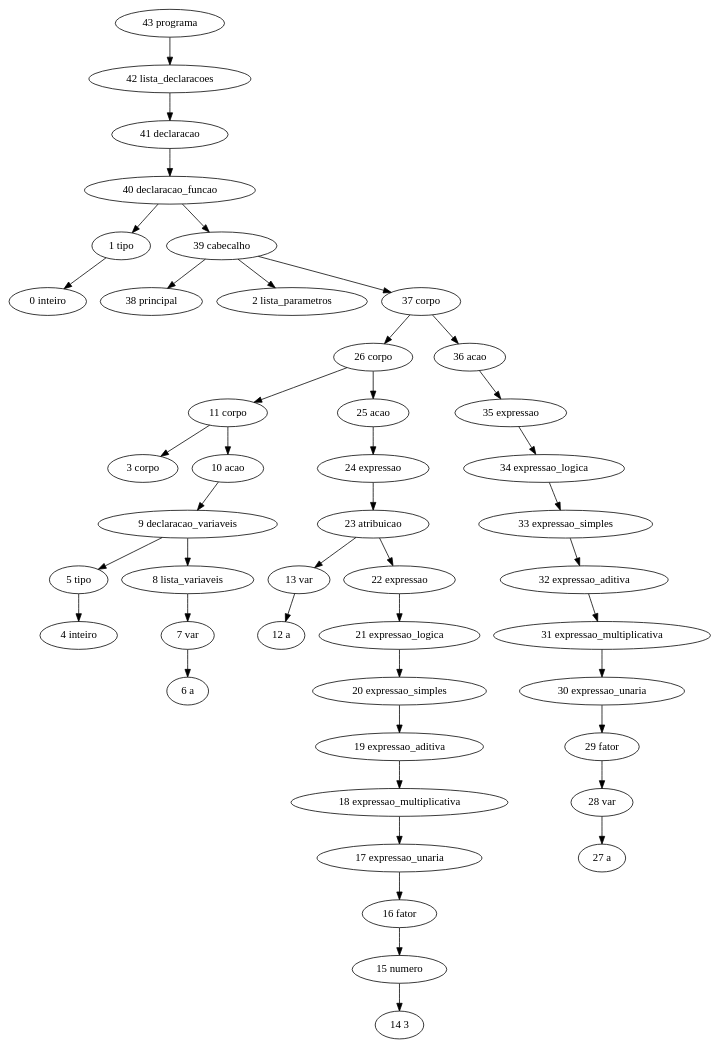
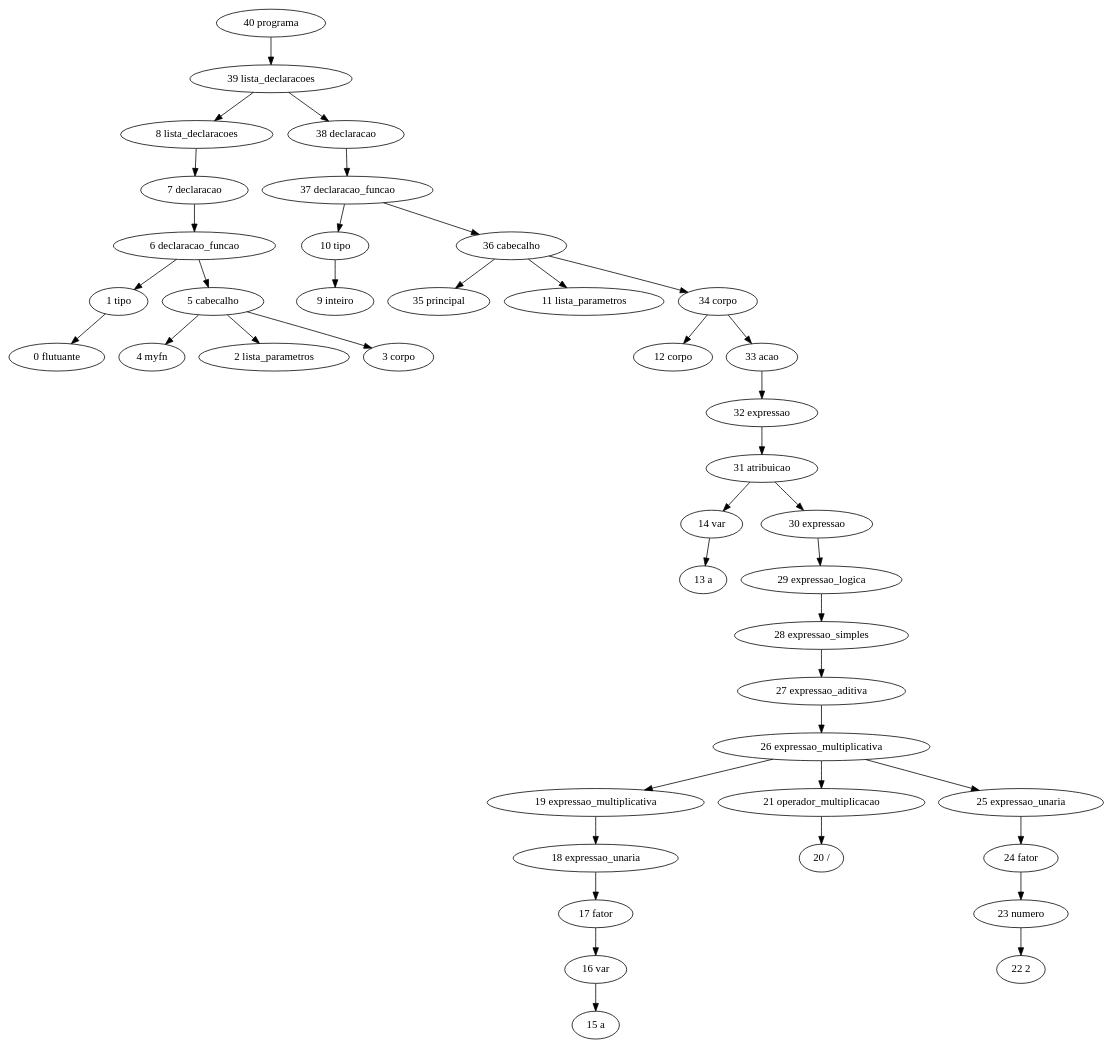
One commit to franzon/compilers changed the diagram in BCC__BCC36B__P2__Jorge_1511424/implementacao/Digraph.gv. Above: the diagram before and after it, drawn with Graphviz. The commit also changed 5 other files, not shown here.

```diff
--- a/BCC__BCC36B__P2__Jorge_1511424/implementacao/Digraph.gv
+++ b/BCC__BCC36B__P2__Jorge_1511424/implementacao/Digraph.gv
@@ -1,90 +1,84 @@
 // Análise sintática
 digraph {
-	"43 programa"
-	"42 lista_declaracoes"
-	"43 programa" -> "42 lista_declaracoes"
-	"41 declaracao"
-	"42 lista_declaracoes" -> "41 declaracao"
-	"40 declaracao_funcao"
-	"41 declaracao" -> "40 declaracao_funcao"
+	"40 programa"
+	"39 lista_declaracoes"
+	"40 programa" -> "39 lista_declaracoes"
+	"8 lista_declaracoes"
+	"39 lista_declaracoes" -> "8 lista_declaracoes"
+	"7 declaracao"
+	"8 lista_declaracoes" -> "7 declaracao"
+	"6 declaracao_funcao"
+	"7 declaracao" -> "6 declaracao_funcao"
 	"1 tipo"
-	"40 declaracao_funcao" -> "1 tipo"
-	"0 inteiro"
-	"1 tipo" -> "0 inteiro"
-	"39 cabecalho"
-	"40 declaracao_funcao" -> "39 cabecalho"
-	"38 principal"
-	"39 cabecalho" -> "38 principal"
+	"6 declaracao_funcao" -> "1 tipo"
+	"0 flutuante"
+	"1 tipo" -> "0 flutuante"
+	"5 cabecalho"
+	"6 declaracao_funcao" -> "5 cabecalho"
+	"4 myfn"
+	"5 cabecalho" -> "4 myfn"
 	"2 lista_parametros"
-	"39 cabecalho" -> "2 lista_parametros"
-	"37 corpo"
-	"39 cabecalho" -> "37 corpo"
-	"26 corpo"
-	"37 corpo" -> "26 corpo"
-	"11 corpo"
-	"26 corpo" -> "11 corpo"
+	"5 cabecalho" -> "2 lista_parametros"
 	"3 corpo"
-	"11 corpo" -> "3 corpo"
-	"10 acao"
-	"11 corpo" -> "10 acao"
-	"9 declaracao_variaveis"
-	"10 acao" -> "9 declaracao_variaveis"
-	"5 tipo"
-	"9 declaracao_variaveis" -> "5 tipo"
-	"4 inteiro"
-	"5 tipo" -> "4 inteiro"
-	"8 lista_variaveis"
-	"9 declaracao_variaveis" -> "8 lista_variaveis"
-	"7 var"
-	"8 lista_variaveis" -> "7 var"
-	"6 a"
-	"7 var" -> "6 a"
-	"25 acao"
-	"26 corpo" -> "25 acao"
-	"24 expressao"
-	"25 acao" -> "24 expressao"
-	"23 atribuicao"
-	"24 expressao" -> "23 atribuicao"
-	"13 var"
-	"23 atribuicao" -> "13 var"
-	"12 a"
-	"13 var" -> "12 a"
-	"22 expressao"
-	"23 atribuicao" -> "22 expressao"
-	"21 expressao_logica"
-	"22 expressao" -> "21 expressao_logica"
-	"20 expressao_simples"
-	"21 expressao_logica" -> "20 expressao_simples"
-	"19 expressao_aditiva"
-	"20 expressao_simples" -> "19 expressao_aditiva"
-	"18 expressao_multiplicativa"
-	"19 expressao_aditiva" -> "18 expressao_multiplicativa"
-	"17 expressao_unaria"
-	"18 expressao_multiplicativa" -> "17 expressao_unaria"
-	"16 fator"
-	"17 expressao_unaria" -> "16 fator"
-	"15 numero"
-	"16 fator" -> "15 numero"
-	"14 3"
-	"15 numero" -> "14 3"
-	"36 acao"
-	"37 corpo" -> "36 acao"
-	"35 expressao"
-	"36 acao" -> "35 expressao"
-	"34 expressao_logica"
-	"35 expressao" -> "34 expressao_logica"
-	"33 expressao_simples"
-	"34 expressao_logica" -> "33 expressao_simples"
-	"32 expressao_aditiva"
-	"33 expressao_simples" -> "32 expressao_aditiva"
-	"31 expressao_multiplicativa"
-	"32 expressao_aditiva" -> "31 expressao_multiplicativa"
-	"30 expressao_unaria"
-	"31 expressao_multiplicativa" -> "30 expressao_unaria"
-	"29 fator"
-	"30 expressao_unaria" -> "29 fator"
-	"28 var"
-	"29 fator" -> "28 var"
-	"27 a"
-	"28 var" -> "27 a"
+	"5 cabecalho" -> "3 corpo"
+	"38 declaracao"
+	"39 lista_declaracoes" -> "38 declaracao"
+	"37 declaracao_funcao"
+	"38 declaracao" -> "37 declaracao_funcao"
+	"10 tipo"
+	"37 declaracao_funcao" -> "10 tipo"
+	"9 inteiro"
+	"10 tipo" -> "9 inteiro"
+	"36 cabecalho"
+	"37 declaracao_funcao" -> "36 cabecalho"
+	"35 principal"
+	"36 cabecalho" -> "35 principal"
+	"11 lista_parametros"
+	"36 cabecalho" -> "11 lista_parametros"
+	"34 corpo"
+	"36 cabecalho" -> "34 corpo"
+	"12 corpo"
+	"34 corpo" -> "12 corpo"
+	"33 acao"
+	"34 corpo" -> "33 acao"
+	"32 expressao"
+	"33 acao" -> "32 expressao"
+	"31 atribuicao"
+	"32 expressao" -> "31 atribuicao"
+	"14 var"
+	"31 atribuicao" -> "14 var"
+	"13 a"
+	"14 var" -> "13 a"
+	"30 expressao"
+	"31 atribuicao" -> "30 expressao"
+	"29 expressao_logica"
+	"30 expressao" -> "29 expressao_logica"
+	"28 expressao_simples"
+	"29 expressao_logica" -> "28 expressao_simples"
+	"27 expressao_aditiva"
+	"28 expressao_simples" -> "27 expressao_aditiva"
+	"26 expressao_multiplicativa"
+	"27 expressao_aditiva" -> "26 expressao_multiplicativa"
+	"19 expressao_multiplicativa"
+	"26 expressao_multiplicativa" -> "19 expressao_multiplicativa"
+	"18 expressao_unaria"
+	"19 expressao_multiplicativa" -> "18 expressao_unaria"
+	"17 fator"
+	"18 expressao_unaria" -> "17 fator"
+	"16 var"
+	"17 fator" -> "16 var"
+	"15 a"
+	"16 var" -> "15 a"
+	"21 operador_multiplicacao"
+	"26 expressao_multiplicativa" -> "21 operador_multiplicacao"
+	"20 /"
+	"21 operador_multiplicacao" -> "20 /"
+	"25 expressao_unaria"
+	"26 expressao_multiplicativa" -> "25 expressao_unaria"
+	"24 fator"
+	"25 expressao_unaria" -> "24 fator"
+	"23 numero"
+	"24 fator" -> "23 numero"
+	"22 2"
+	"23 numero" -> "22 2"
 }
```
